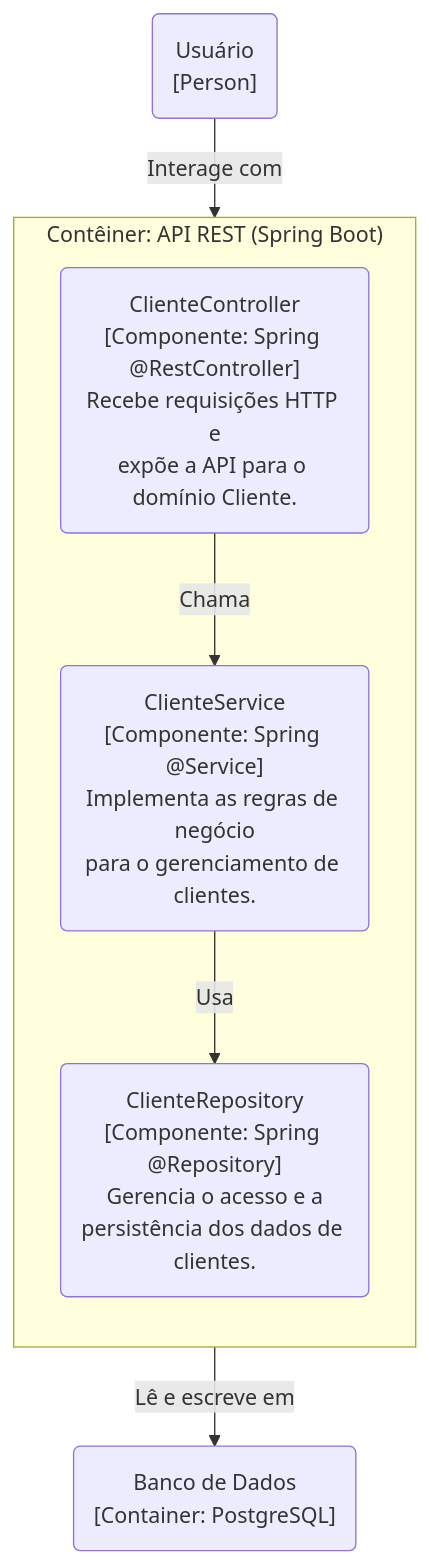
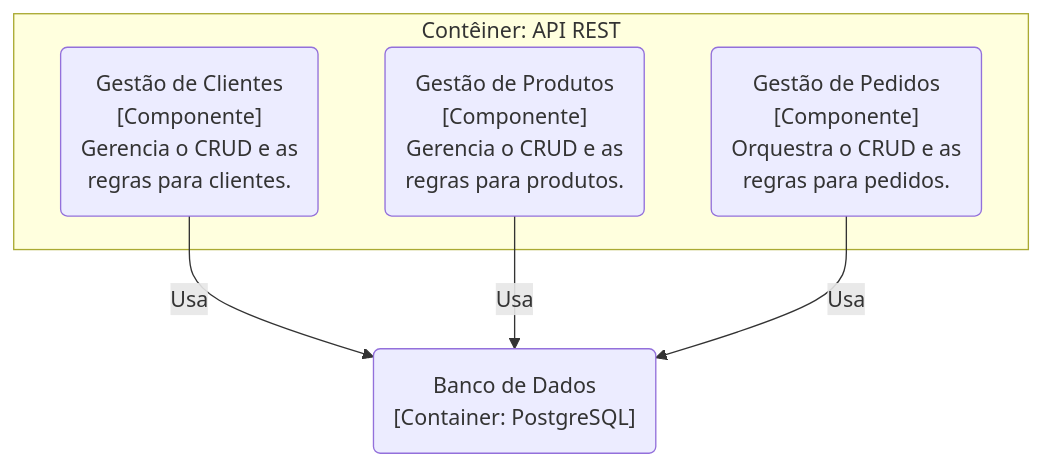
Before and after one commit to iagobrdev/orders-bootcamp: the third of 5 diagrams in DESENHO_ARQUITETURAL.md, drawn with Mermaid. The commit also changed other lines of this file, not shown here.

````diff
--- a/DESENHO_ARQUITETURAL.md
+++ b/DESENHO_ARQUITETURAL.md
@@ -205,19 +192,14 @@
 ```mermaid
 graph TD
-    subgraph "Contêiner: API REST (Spring Boot)"
-        direction TB
+    subgraph "Contêiner: API REST"
+        component_clientes("Gestão de Clientes<br/>[Componente]<br/>Gerencia o CRUD e as<br/>regras para clientes.")
+        component_produtos("Gestão de Produtos<br/>[Componente]<br/>Gerencia o CRUD e as<br/>regras para produtos.")
+        component_pedidos("Gestão de Pedidos<br/>[Componente]<br/>Orquestra o CRUD e as<br/>regras para pedidos.")
+    end
+    
+    container_db("Banco de Dados<br/>[Container: PostgreSQL]")
 
-        component_controller("ClienteController<br/>[Componente: Spring @RestController]<br/>Recebe requisições HTTP e<br/>expõe a API para o domínio Cliente.")
-        component_service("ClienteService<br/>[Componente: Spring @Service]<br/>Implementa as regras de negócio<br/>para o gerenciamento de clientes.")
-        component_repository("ClienteRepository<br/>[Componente: Spring @Repository]<br/>Gerencia o acesso e a<br/>persistência dos dados de clientes.")
-
-        component_controller -- "Chama" --> component_service
-        component_service -- "Usa" --> component_repository
-    end
-
-    person_user("Usuário<br/>[Person]")
-    container_db("Banco de Dados<br/>[Container: PostgreSQL]")
-    
-    person_user -- "Interage com" --> component_controller
-    component_repository -- "Lê e escreve em" --> container_db
+    component_clientes -- "Usa" --> container_db
+    component_produtos -- "Usa" --> container_db
+    component_pedidos -- "Usa" --> container_db
 ```
````
